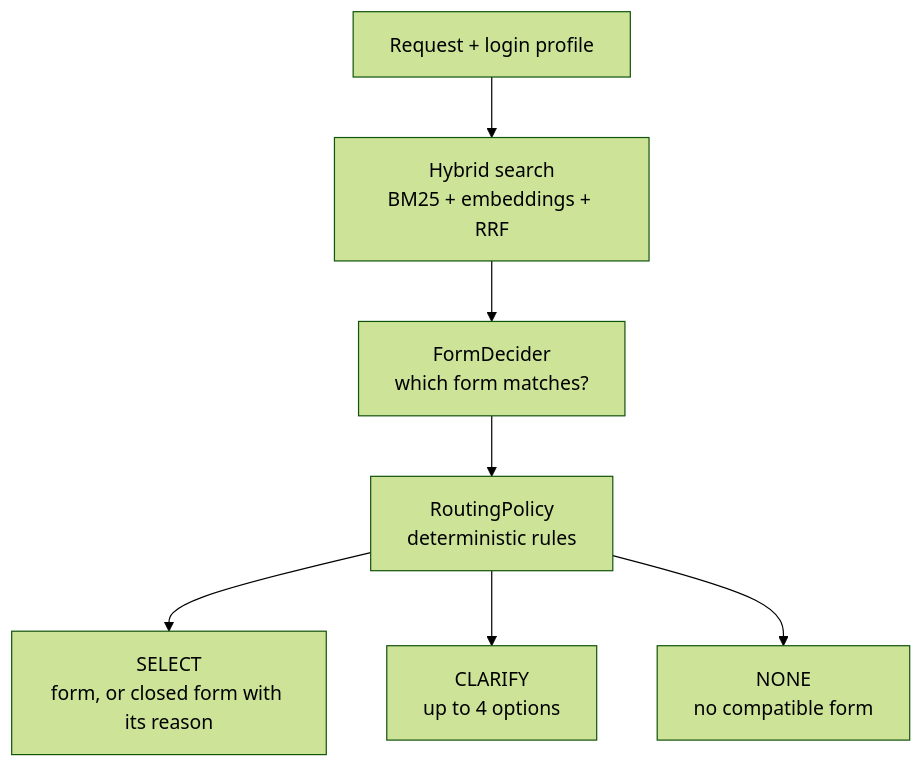
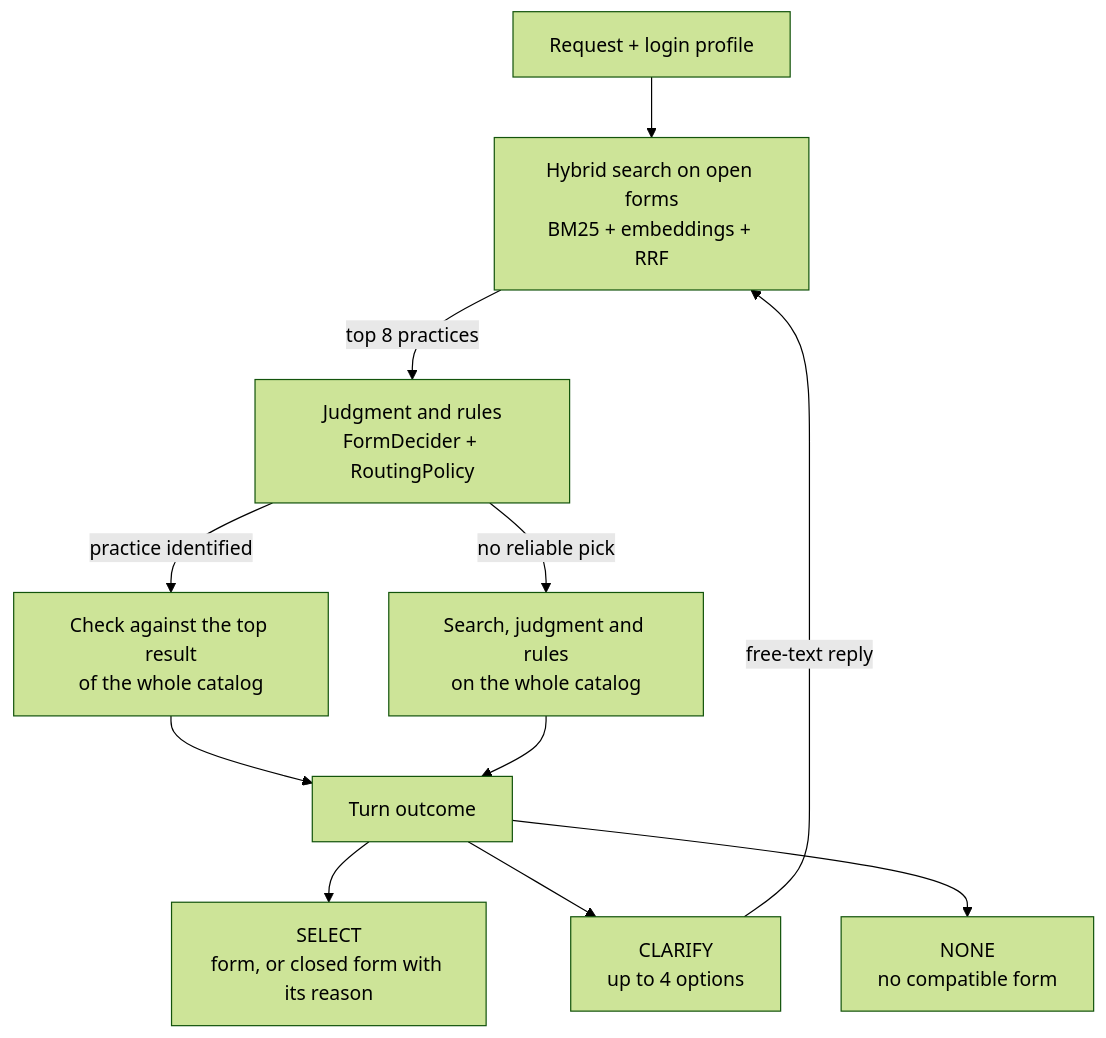
One commit to Agile-Software-Development-2026-2027/uniticket-group-10 changed the diagram in README.md. Above: the diagram before and after it, drawn with Mermaid (forest theme). The commit also changed other lines of this file and 1 other file, not shown here.

Commit message:
docs: explain the full request flow and document Gemini

````diff
--- a/README.md
+++ b/README.md
@@ -10,9 +10,13 @@
 ```mermaid
 flowchart TD
-    U["Request + login profile"] --> R["Hybrid search\nBM25 + embeddings + RRF"]
-    R --> D["FormDecider\nwhich form matches?"]
-    D --> P["RoutingPolicy\ndeterministic rules"]
-    P --> S["SELECT\nform, or closed form with its reason"]
-    P --> Q["CLARIFY\nup to 4 options"]
-    P --> N["NONE\nno compatible form"]
+    U["Request + login profile"] --> O["Hybrid search on open forms\nBM25 + embeddings + RRF"]
+    O -->|"top 8 practices"| D["Judgment and rules\nFormDecider + RoutingPolicy"]
+    D -->|"practice identified"| R["Check against the top result\nof the whole catalog"]
+    D -->|"no reliable pick"| W["Search, judgment and rules\non the whole catalog"]
+    R --> E["Turn outcome"]
+    W --> E
+    E --> S["SELECT\nform, or closed form with its reason"]
+    E --> Q["CLARIFY\nup to 4 options"]
+    E --> N["NONE\nno compatible form"]
+    Q -->|"free-text reply"| O
 ```
````
